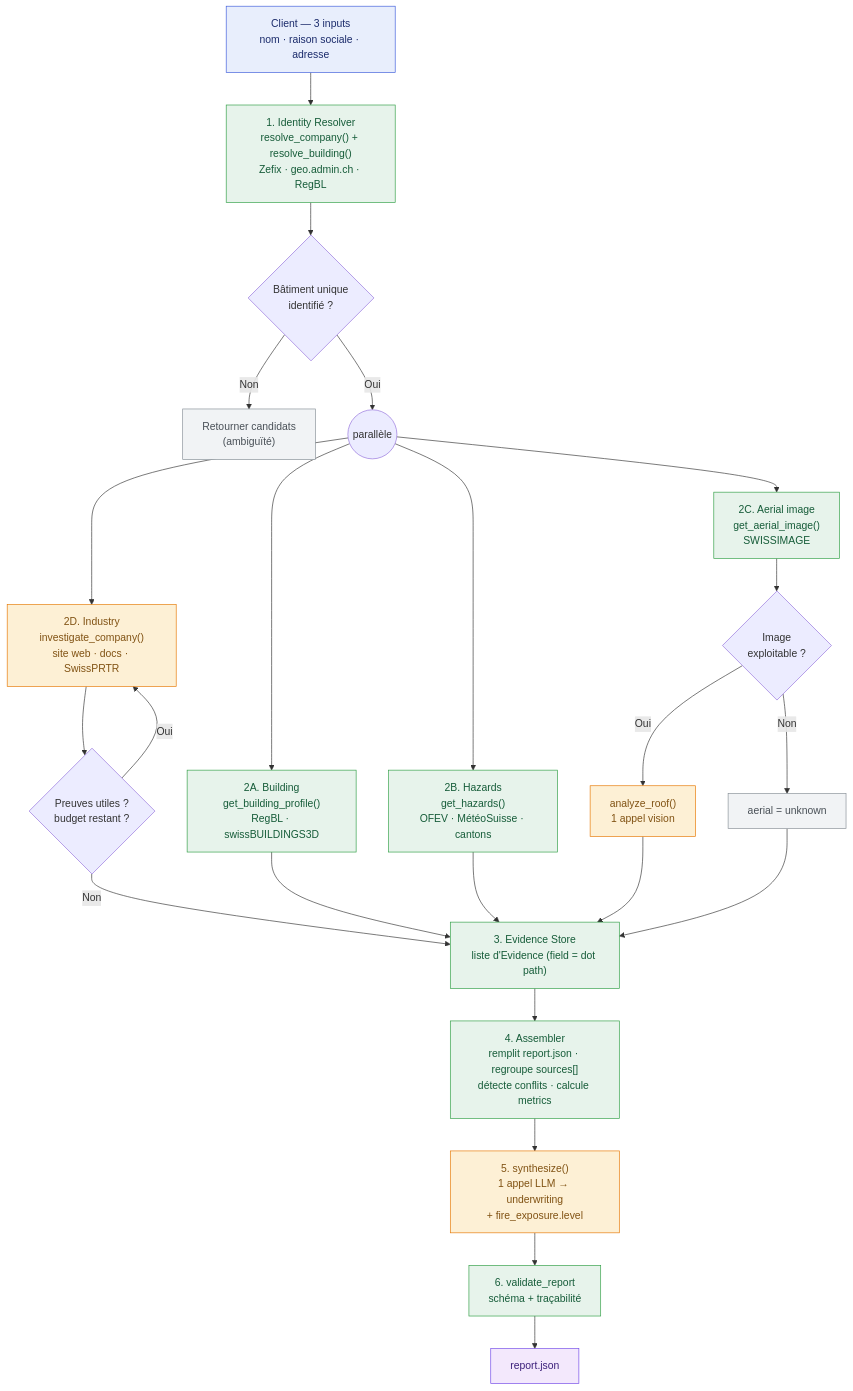
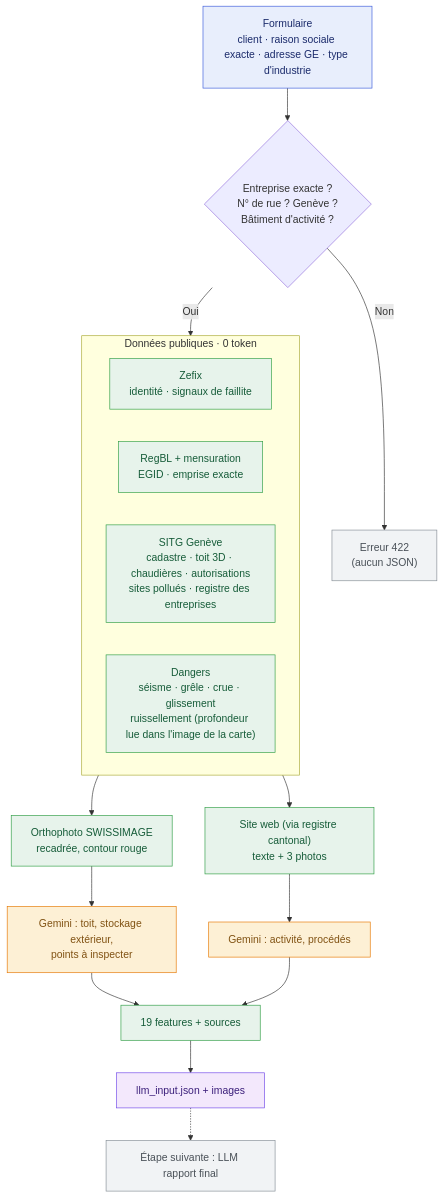
One commit to Ylanv/LauzHack changed the diagram in README.md. Above: the diagram before and after it, drawn with Mermaid. The commit also changed other lines of this file and 28 other files, not shown here.

First line of the commit message:
Geneva pre-LLM pipeline: 4 inputs -> public data + SITG + vision -> 19 features (llm_input.json)

````diff
--- a/README.md
+++ b/README.md
@@ -36,39 +44,24 @@
 ```mermaid
 flowchart TD
-    IN["Client — 3 inputs<br/>nom · raison sociale · adresse"]:::input
+    IN["Formulaire<br/>client · raison sociale exacte · adresse GE · type d'industrie"]:::input
+    IN --> CHK{"Entreprise exacte ?<br/>N° de rue ? Genève ?<br/>Bâtiment d'activité ?"}
+    CHK -- Non --> ERR["Erreur 422<br/>(aucun JSON)"]:::stop
+    CHK -- Oui --> A
 
-    IN --> ID["1. Identity Resolver<br/>resolve_company() + resolve_building()<br/>Zefix · geo.admin.ch · RegBL"]:::py
-    ID --> Q1{"Bâtiment unique<br/>identifié ?"}
-    Q1 -- Non --> AMB["Retourner candidats<br/>(ambiguïté)"]:::stop
-    Q1 -- Oui --> PAR(("parallèle"))
-
-    PAR --> B["2A. Building<br/>get_building_profile()<br/>RegBL · swissBUILDINGS3D"]:::py
-    PAR --> H["2B. Hazards<br/>get_hazards()<br/>OFEV · MétéoSuisse · cantons"]:::py
-    PAR --> IMG["2C. Aerial image<br/>get_aerial_image()<br/>SWISSIMAGE"]:::py
-    PAR --> WEB["2D. Industry<br/>investigate_company()<br/>site web · docs · SwissPRTR"]:::llm
-
-    IMG --> Q2{"Image<br/>exploitable ?"}
-    Q2 -- Oui --> VIS["analyze_roof()<br/>1 appel vision"]:::llm
-    Q2 -- Non --> VNA["aerial = unknown"]:::stop
-
-    WEB --> Q3{"Preuves utiles ?<br/>budget restant ?"}
-    Q3 -- Oui --> WEB
-    Q3 -- Non --> EV
-
-    B --> EV
-    H --> EV
-    VIS --> EV
-    VNA --> EV
-
-    EV["3. Evidence Store<br/>liste d'Evidence (field = dot path)"]:::py
-    EV --> ASM["4. Assembler<br/>remplit report.json · regroupe sources[]<br/>détecte conflits · calcule metrics"]:::py
-    ASM --> SYN["5. synthesize()<br/>1 appel LLM → underwriting<br/>+ fire_exposure.level"]:::llm
-    SYN --> VAL["6. validate_report<br/>schéma + traçabilité"]:::py
-    VAL --> OUT["report.json"]:::output
+    subgraph A["Données publiques · 0 token"]
+      Z["Zefix<br/>identité · signaux de faillite"]:::py
+      R["RegBL + mensuration<br/>EGID · emprise exacte"]:::py
+      S["SITG Genève<br/>cadastre · toit 3D · chaudières · autorisations<br/>sites pollués · registre des entreprises"]:::py
+      H["Dangers<br/>séisme · grêle · crue · glissement<br/>ruissellement (profondeur lue dans l'image de la carte)"]:::py
+    end
+    A --> IMG["Orthophoto SWISSIMAGE<br/>recadrée, contour rouge"]:::py --> VIS["Gemini : toit, stockage extérieur,<br/>points à inspecter"]:::llm
+    A --> WEB["Site web (via registre cantonal)<br/>texte + 3 photos"]:::py --> EXT["Gemini : activité, procédés"]:::llm
+    VIS & EXT --> F["19 features + sources"]:::py --> OUT["llm_input.json + images"]:::output
+    OUT -.-> NEXT["Étape suivante : LLM rapport final"]:::stop
 
     classDef input fill:#e8eefc,stroke:#3b5bdb,color:#1b2b6b
     classDef py fill:#e7f3eb,stroke:#2f9e44,color:#165c39
     classDef llm fill:#fdf0d5,stroke:#e67700,color:#805213
     classDef stop fill:#f1f3f5,stroke:#868e96,color:#495057
     classDef output fill:#f3e8fc,stroke:#7048e8,color:#3b1f7a
 ```
````
